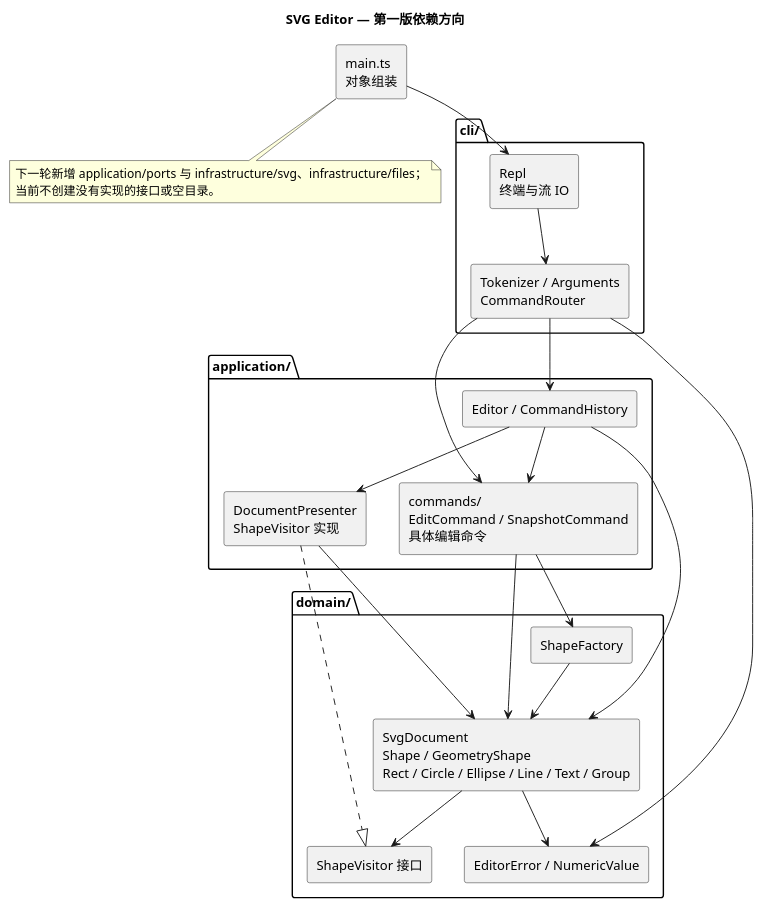
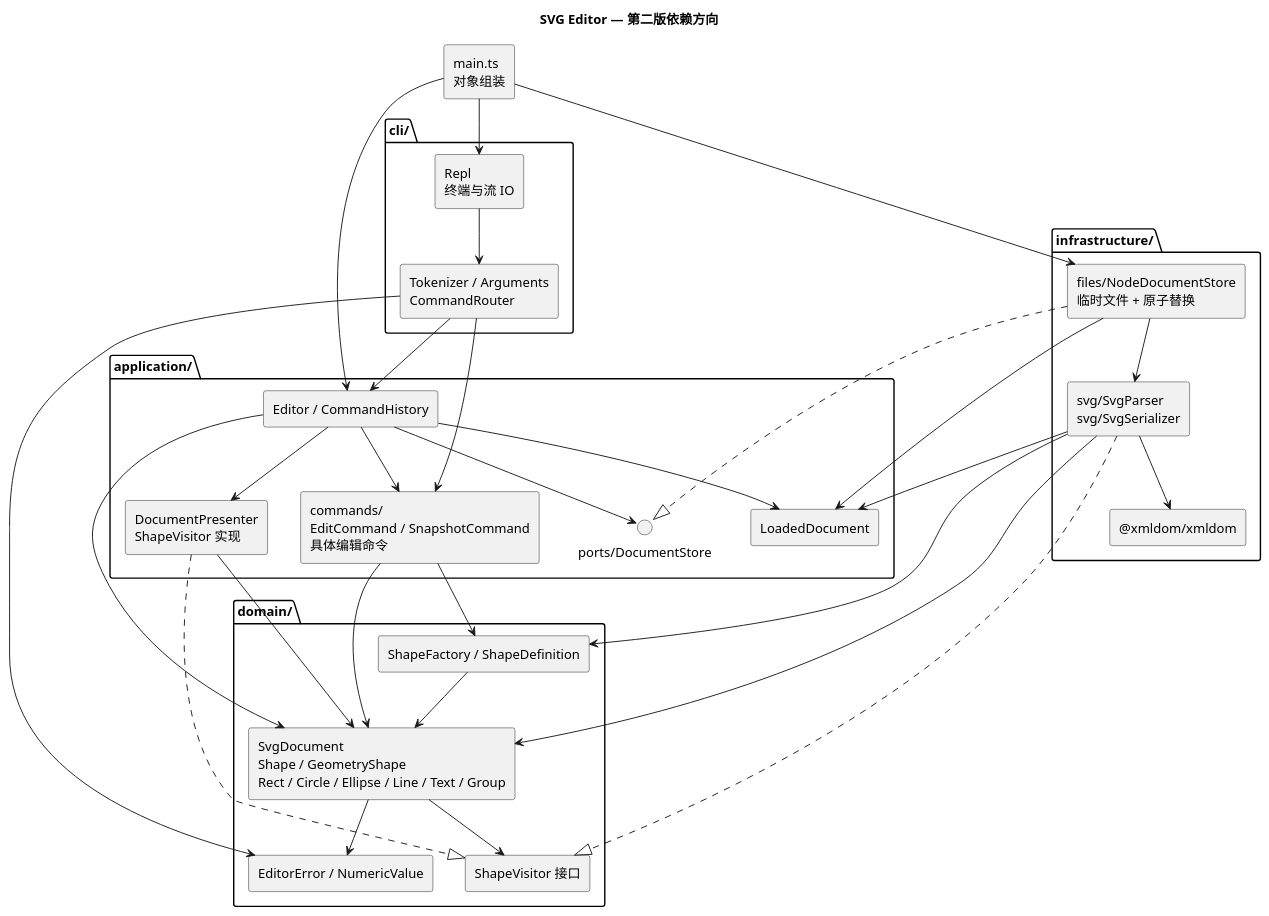
The diagram in doc/architecture.puml (zjsu957/phase_cli), drawn with PlantUML before and after one commit. The commit also changed 24 other files, not shown here.

Commit message:
feat: add SVG import export and atomic document persistence

```diff
--- a/doc/architecture.puml
+++ b/doc/architecture.puml
@@ -1,39 +1,54 @@
 @startuml
-title SVG Editor — 第一版依赖方向
+title SVG Editor — 第二版依赖方向
 skinparam componentStyle rectangle
 component "main.ts\n对象组装" as Main
 package "cli/" {
   component "Repl\n终端与流 IO" as Repl
   component "Tokenizer / Arguments\nCommandRouter" as Cli
 }
 package "application/" {
   component "Editor / CommandHistory" as App
   component "commands/\nEditCommand / SnapshotCommand\n具体编辑命令" as Commands
   component "DocumentPresenter\nShapeVisitor 实现" as Presenter
+  interface "ports/DocumentStore" as Store
+  component "LoadedDocument" as Loaded
 }
 package "domain/" {
   component "SvgDocument\nShape / GeometryShape\nRect / Circle / Ellipse / Line / Text / Group" as Model
-  component "ShapeFactory" as Factory
+  component "ShapeFactory / ShapeDefinition" as Factory
   component "ShapeVisitor 接口" as Visitor
   component "EditorError / NumericValue" as Values
 }
+package "infrastructure/" {
+  component "files/NodeDocumentStore\n临时文件 + 原子替换" as Files
+  component "svg/SvgParser\nsvg/SvgSerializer" as Svg
+  component "@xmldom/xmldom" as Xml
+}
 Main --> Repl
+Main --> App
+Main --> Files
 Repl --> Cli
 Cli --> App
 Cli --> Commands
 Cli --> Values
 App --> Commands
 App --> Presenter
 App --> Model
+App --> Store
+App --> Loaded
+Files ..|> Store
+Files --> Svg
+Files --> Loaded
+Svg --> Factory
+Svg --> Model
+Svg --> Loaded
+Svg --> Xml
+Svg ..|> Visitor
 Commands --> Factory
 Commands --> Model
 Presenter --> Model
 Presenter ..|> Visitor
 Factory --> Model
 Model --> Visitor
 Model --> Values
-note bottom of Main
-  下一轮新增 application/ports 与 infrastructure/svg、infrastructure/files；
-  当前不创建没有实现的接口或空目录。
-end note
 @enduml
```
